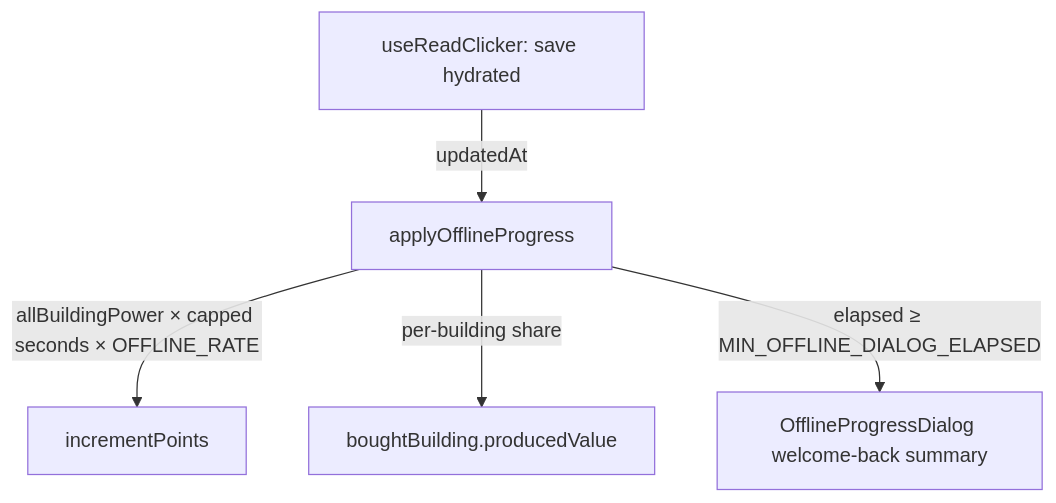
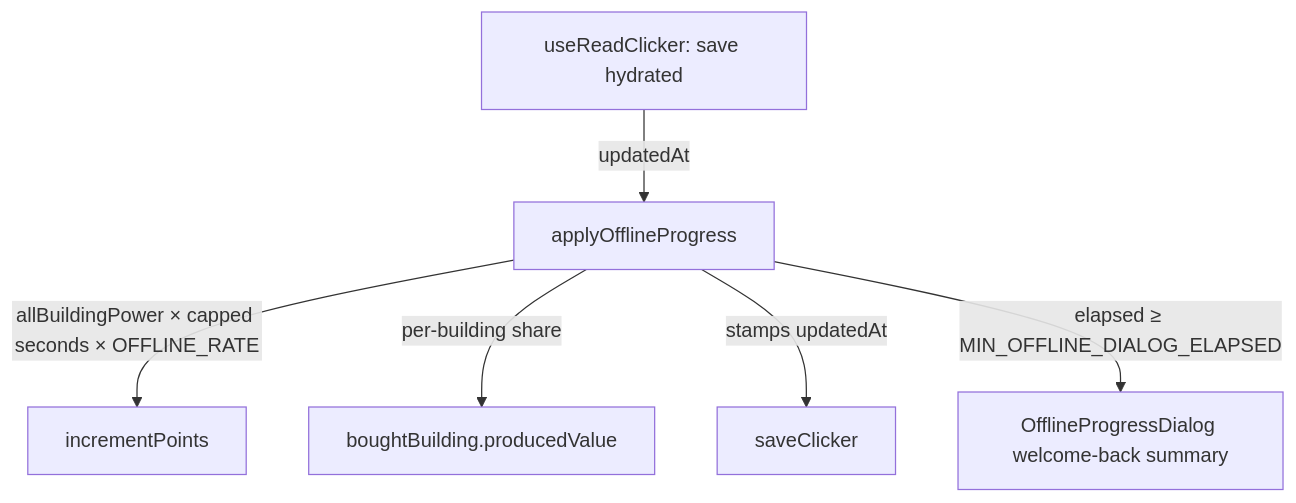
One commit to Esposter/Esposter changed the diagram in packages/app/content/docs/clicker/offline-progress.md. Above: the diagram before and after it, drawn with Mermaid. The commit also changed other lines of this file and 8 other files, not shown here.

````diff
--- a/packages/app/content/docs/clicker/offline-progress.md
+++ b/packages/app/content/docs/clicker/offline-progress.md
@@ -14,7 +14,8 @@
 ```mermaid
 flowchart TD
   load[useReadClicker: save hydrated] -->|updatedAt| apply[applyOfflineProgress]
   apply -->|allBuildingPower × capped seconds × OFFLINE_RATE| points[incrementPoints]
   apply -->|per-building share| produced[boughtBuilding.producedValue]
+  apply -->|stamps updatedAt| save[saveClicker]
   apply -->|elapsed ≥ MIN_OFFLINE_DIALOG_ELAPSED| dialog[OfflineProgressDialog welcome-back summary]
 ```
````
